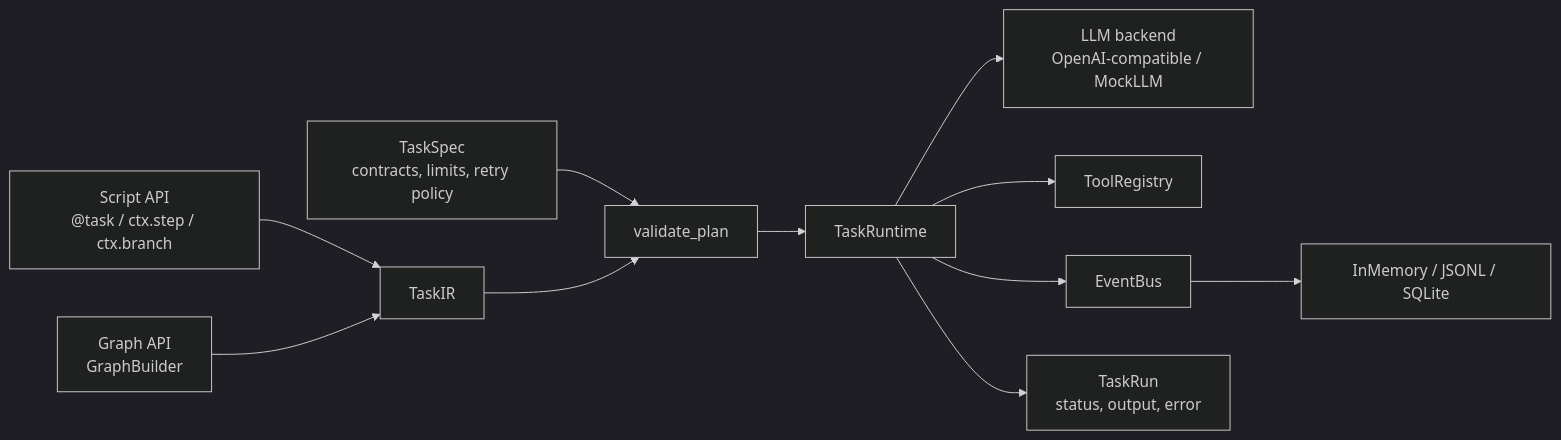
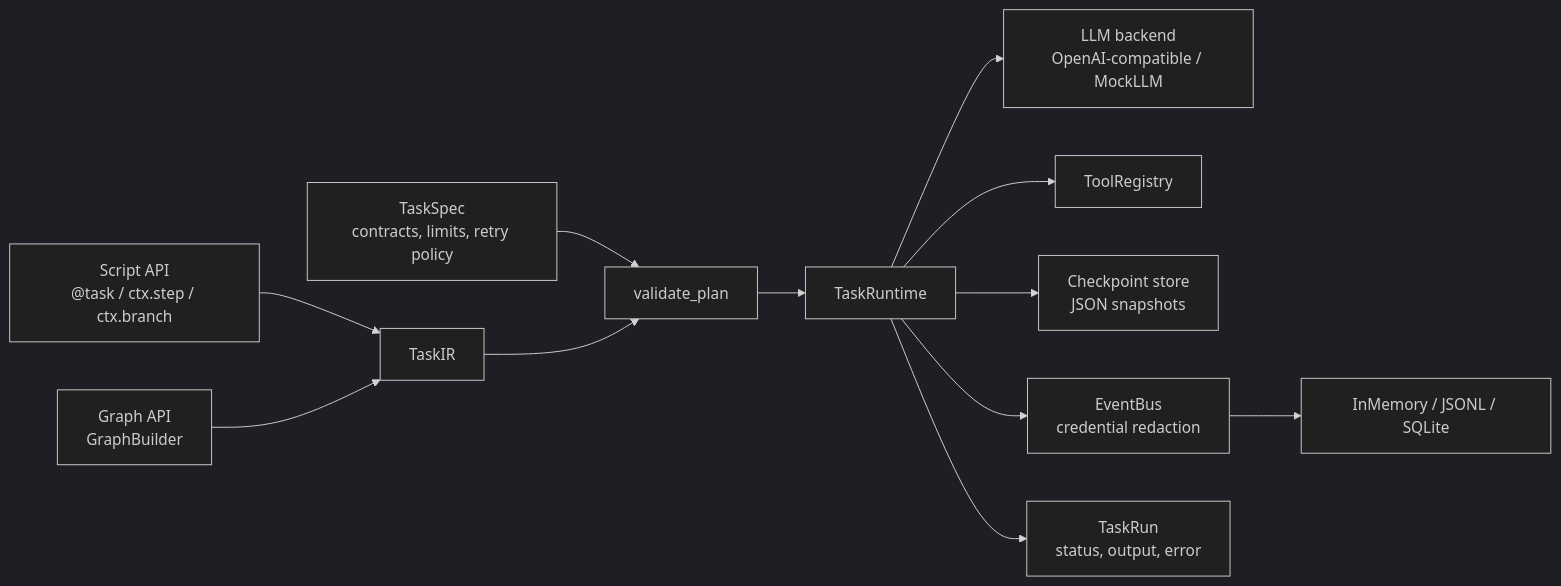
Before and after one commit to AdieuJ777/STP-Agent-Framework: the diagram in README.md, drawn with Mermaid (dark theme). The commit also changed other lines of this file and 22 other files, not shown here.

Commit message:
Release 0.2.0: checkpoint/resume, event redaction

````diff
--- a/README.md
+++ b/README.md
@@ -43,13 +44,14 @@
 ```mermaid
 flowchart LR
     S[Script API<br/>@task / ctx.step / ctx.branch] --> IR[TaskIR]
     G[Graph API<br/>GraphBuilder] --> IR
     SPEC[TaskSpec<br/>contracts, limits, retry policy] --> VAL[validate_plan]
     IR --> VAL
     VAL --> RT[TaskRuntime]
     RT --> LLM[LLM backend<br/>OpenAI-compatible / MockLLM]
     RT --> TOOLS[ToolRegistry]
-    RT --> EV[EventBus]
+    RT --> CKPT[Checkpoint store<br/>JSON snapshots]
+    RT --> EV[EventBus<br/>credential redaction]
     EV --> STORES[InMemory / JSONL / SQLite]
     RT --> RUN[TaskRun<br/>status, output, error]
 ```
````
